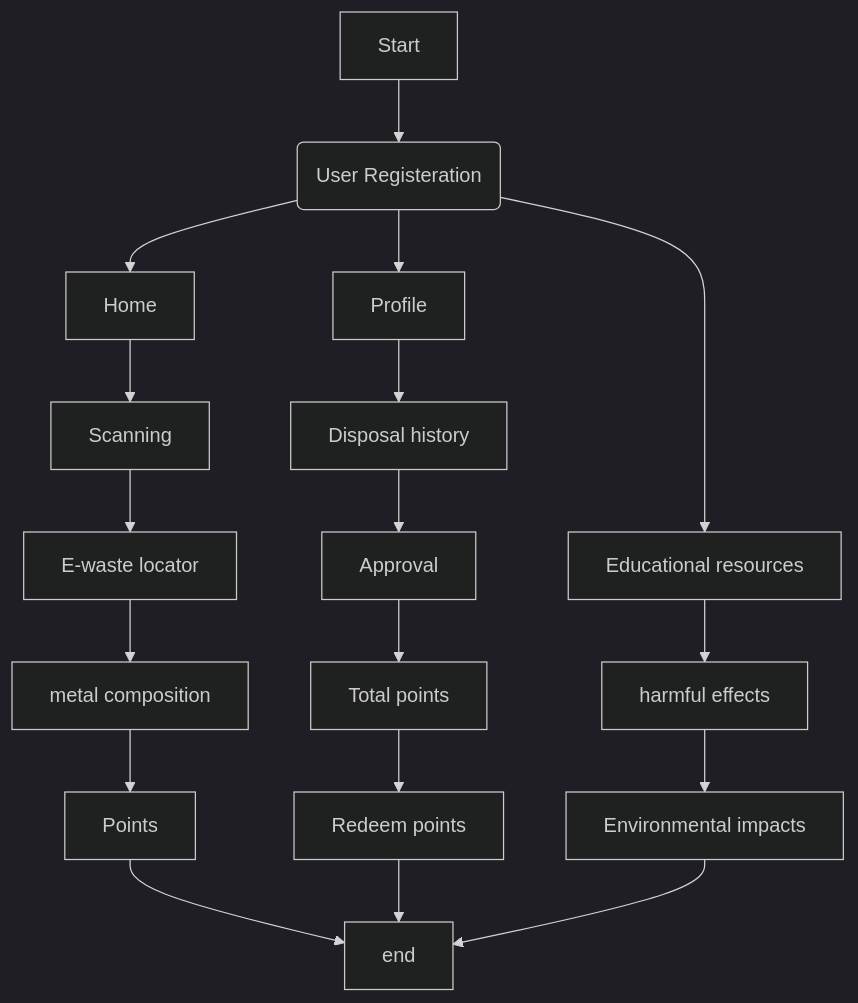
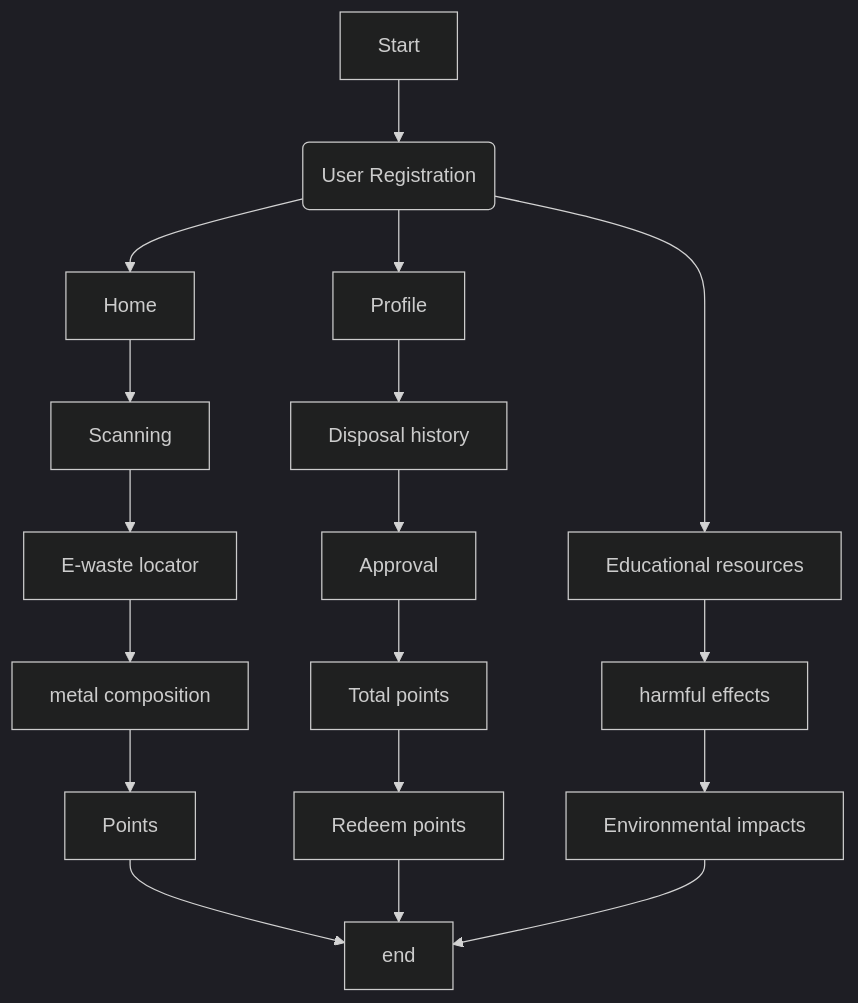
One commit to Techtidy/my-appp-test changed the diagram in README.md. Above: the diagram before and after it, drawn with Mermaid (dark theme). The commit also changed other lines of this file, not shown here.

````diff
--- a/README.md
+++ b/README.md
@@ -38,22 +47,20 @@
-``` mermaid 
-
-flowchart TD
-    A[Start] -->B(User Registeration);
-    B --> G[Educational resources];
-    B --> L[Home];
-    L --> M[Scanning];
-    M --> N[E-waste locator];
-    N --> O[metal composition];
-    O --> P[Points];
-    P --> Q[end];
-    B --> I[Profile];
-    I --> R[Disposal history];
-    R --> S[Approval];
-    S --> T[Total points];
-    T --> U[Redeem points];
-    U-->Q[end];
-    G -->J[harmful effects];
-    J -->K[Environmental impacts];
-    K -->Q[end];
-    
+  ```mermaid
+  flowchart TD
+      A[Start] -->B(User Registration);
+      B --> G[Educational resources];
+      B --> L[Home];
+      L --> M[Scanning];
+      M --> N[E-waste locator];
+      N --> O[metal composition];
+      O --> P[Points];
+      P --> Q[end];
+      B --> I[Profile];
+      I --> R[Disposal history];
+      R --> S[Approval];
+      S --> T[Total points];
+      T --> U[Redeem points];
+      U-->Q[end];
+      G -->J[harmful effects];
+      J -->K[Environmental impacts];
+      K -->Q[end];
 ```
````
